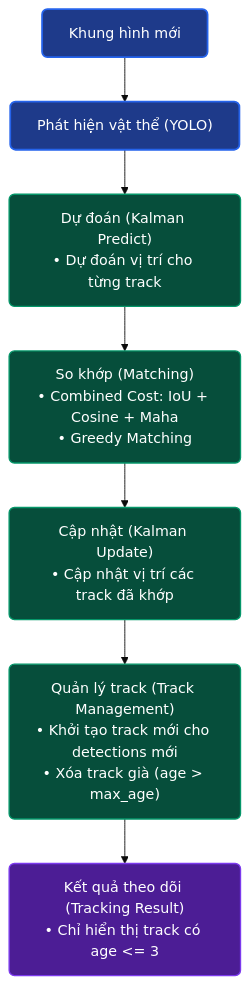
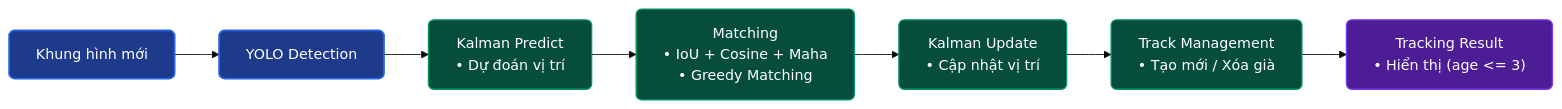
One commit to NagnQyhn217/thigiacmaytinhAnh changed the diagram in code04.md. Above: the diagram before and after it, drawn with Mermaid (base theme). The commit also changed other lines of this file, not shown here.

````diff
--- a/code04.md
+++ b/code04.md
@@ -3,17 +1,17 @@
 ```mermaid
-graph TD
+graph LR
     classDef step stroke:#2563eb,stroke-width:2px,fill:#1e3a8a,color:#ffffff,rx:6px,ry:6px;
     classDef process stroke:#059669,stroke-width:1.5px,fill:#064e3b,color:#ffffff,rx:6px,ry:6px;
     classDef output stroke:#7c3aed,stroke-width:1.5px,fill:#4c1d95,color:#ffffff,rx:6px,ry:6px;
 
-    A["Khung hình mới"] --> B["Phát hiện vật thể (YOLO)"]
-    B --> C["Dự đoán (Kalman Predict)<br>• Dự đoán vị trí cho từng track"]
-    C --> D["So khớp (Matching)<br>• Combined Cost: IoU + Cosine + Maha<br>• Greedy Matching"]
-    D --> E["Cập nhật (Kalman Update)<br>• Cập nhật vị trí các track đã khớp"]
-    E --> F["Quản lý track (Track Management)<br>• Khởi tạo track mới cho detections mới<br>• Xóa track già (age > max_age)"]
-    F --> G["Kết quả theo dõi (Tracking Result)<br>• Chỉ hiển thị track có age <= 3"]
+    A["Khung hình mới"] --> B["YOLO Detection"]
+    B --> C["Kalman Predict<br>• Dự đoán vị trí"]
+    C --> D["Matching<br>• IoU + Cosine + Maha<br>• Greedy Matching"]
+    D --> E["Kalman Update<br>• Cập nhật vị trí"]
+    E --> F["Track Management<br>• Tạo mới / Xóa già"]
+    F --> G["Tracking Result<br>• Hiển thị (age <= 3)"]
 
     class A,B step;
     class C,D,E,F process;
     class G output;
 ```
````
